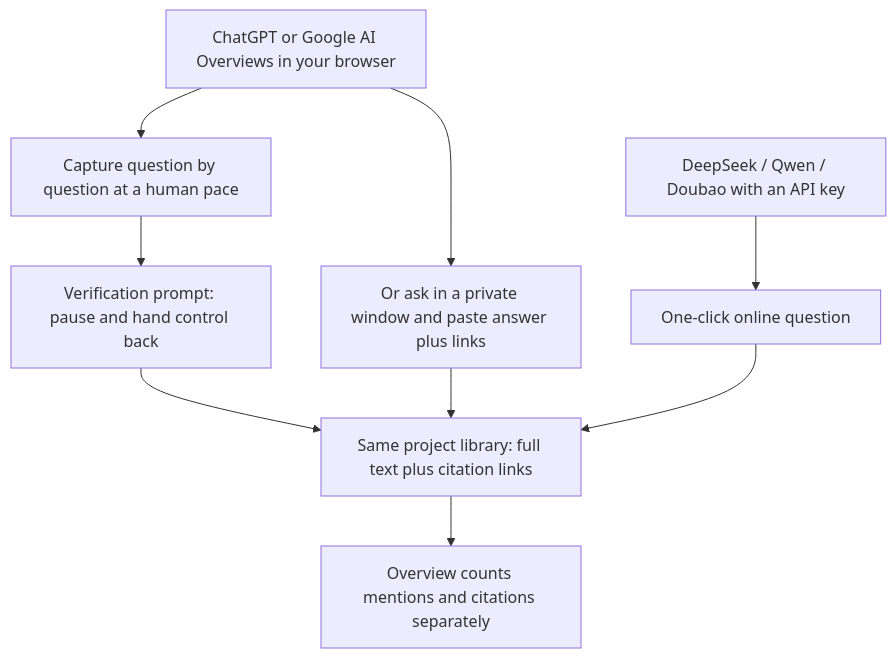
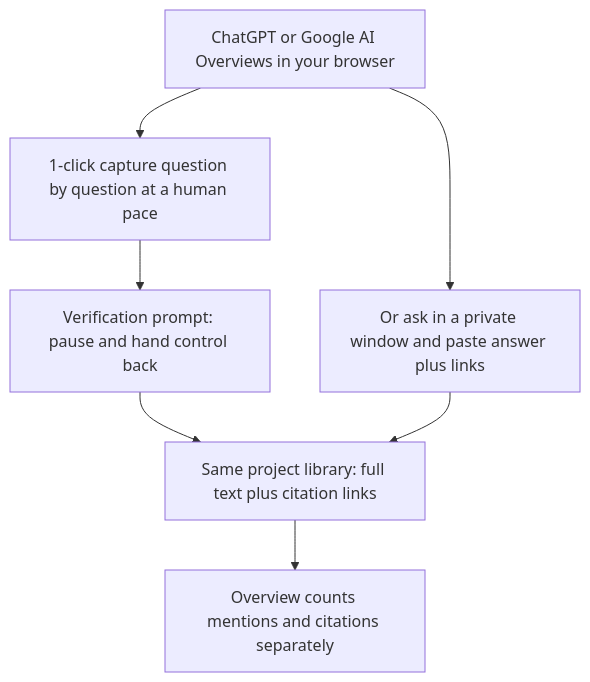
The second of 3 diagrams in docs/getting-started.md (cooleryu/opengeo), drawn with Mermaid before and after one commit. The commit also changed other lines of this file and 182 other files, not shown here.

First line of the commit message:
refactor!: streamline architecture around browser-first search and action plan

````diff
--- a/docs/getting-started.md
+++ b/docs/getting-started.md
@@ -73,11 +72,9 @@
 ```mermaid
 flowchart TD
-    A["ChatGPT or Google AI Overviews in your browser"] --> B["Capture question by question at a human pace"]
+    A["ChatGPT or Google AI Overviews in your browser"] --> B["1-click capture question by question at a human pace"]
     B --> C["Verification prompt: pause and hand control back"]
     A --> D["Or ask in a private window and paste answer plus links"]
-    E["DeepSeek / Qwen / Doubao with an API key"] --> F["One-click online question"]
     C --> G["Same project library: full text plus citation links"]
     D --> G
-    F --> G
     G --> H["Overview counts mentions and citations separately"]
 ```
````
